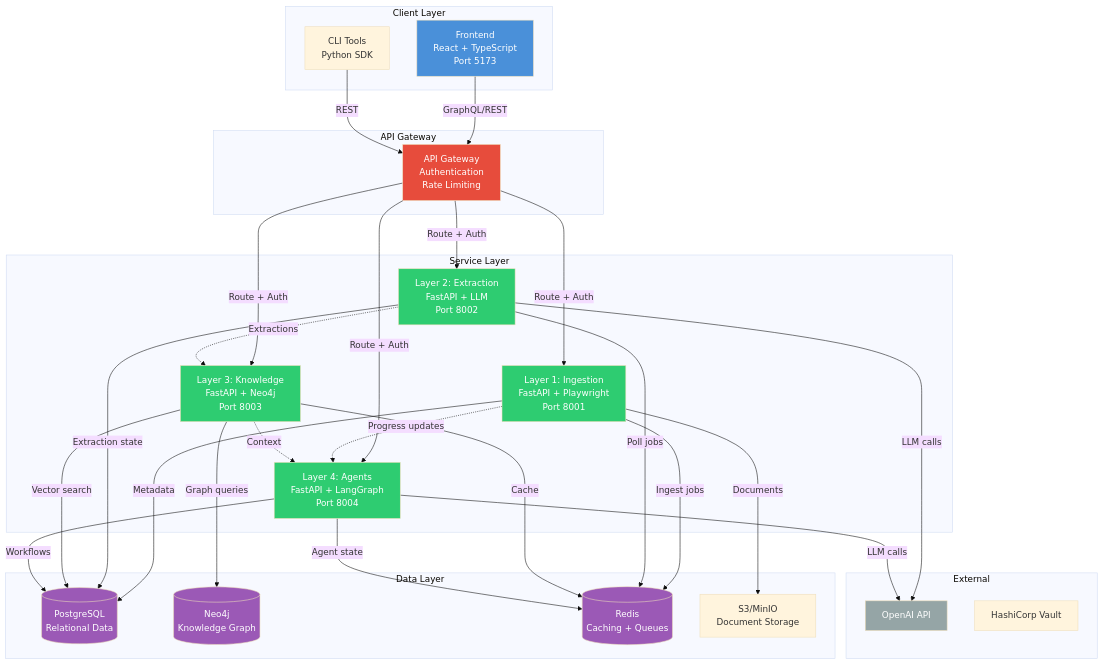
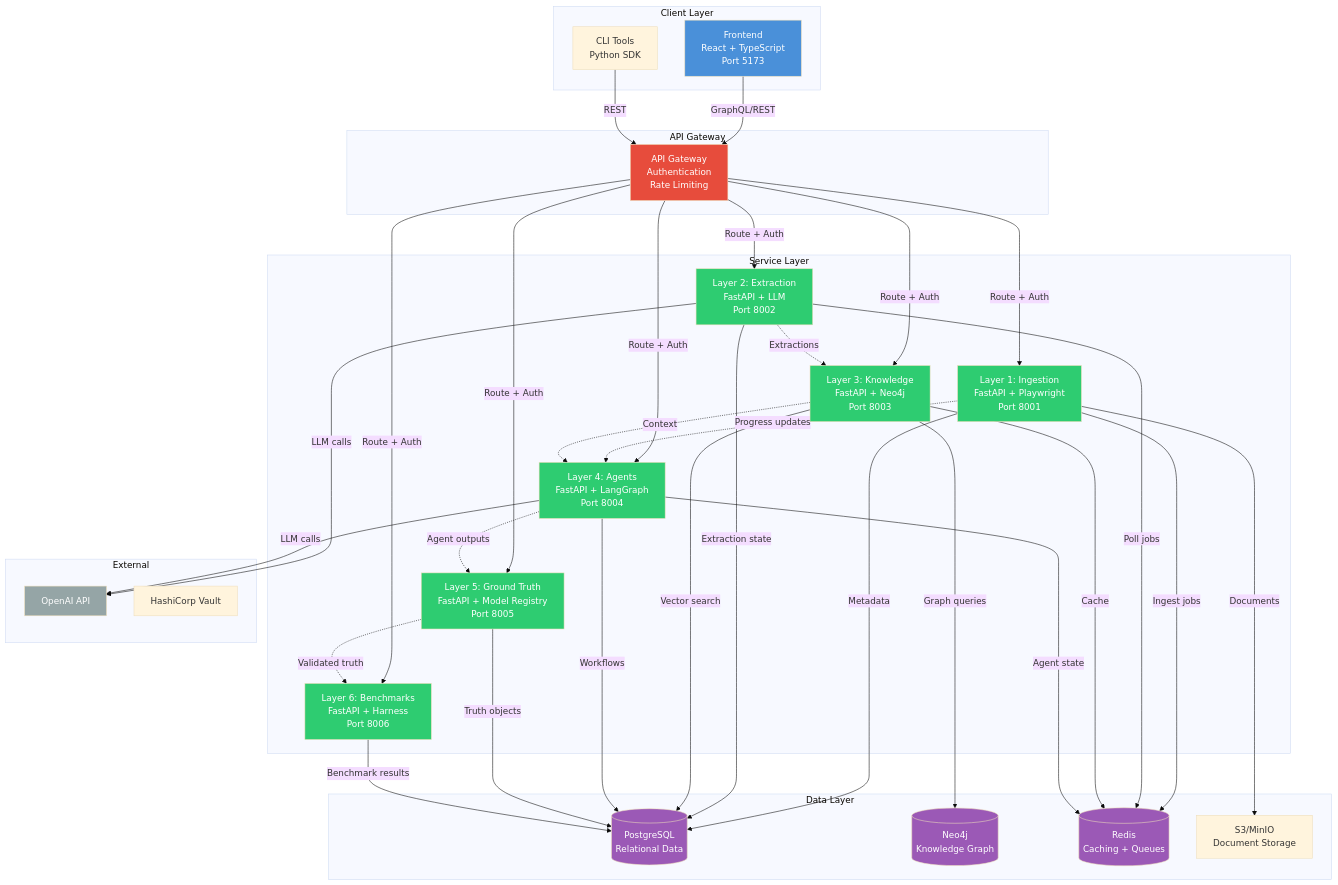
One commit to bmsull560/Fabric_4L changed the second of 9 diagrams in docs/core-concepts/architecture.md. Above: the diagram before and after it, drawn with Mermaid (base theme). The commit also changed other lines of this file and 5 other files, not shown here.

First line of the commit message:
docs: update 4-layer to 6-layer references and add L5/L6 to diagrams

````diff
--- a/docs/core-concepts/architecture.md
+++ b/docs/core-concepts/architecture.md
@@ -75,68 +75,79 @@
 ```mermaid
 graph TB
     subgraph "Client Layer"
         FE[Frontend<br/>React + TypeScript<br/>Port 5173]
         CLI[CLI Tools<br/>Python SDK]
     end
     
     subgraph "API Gateway"
         GW[API Gateway<br/>Authentication<br/>Rate Limiting]
     end
     
     subgraph "Service Layer"
         L1[Layer 1: Ingestion<br/>FastAPI + Playwright<br/>Port 8001]
         L2[Layer 2: Extraction<br/>FastAPI + LLM<br/>Port 8002]
         L3[Layer 3: Knowledge<br/>FastAPI + Neo4j<br/>Port 8003]
         L4[Layer 4: Agents<br/>FastAPI + LangGraph<br/>Port 8004]
+        L5[Layer 5: Ground Truth<br/>FastAPI + Model Registry<br/>Port 8005]
+        L6[Layer 6: Benchmarks<br/>FastAPI + Harness<br/>Port 8006]
     end
     
     subgraph "Data Layer"
         PG[(PostgreSQL<br/>Relational Data)]
         NEO[(Neo4j<br/>Knowledge Graph)]
         RED[(Redis<br/>Caching + Queues)]
         S3[S3/MinIO<br/>Document Storage]
     end
     
     subgraph "External"
         OPENAI[OpenAI API]
         VAULT[HashiCorp Vault]
     end
     
     FE -->|GraphQL/REST| GW
     CLI -->|REST| GW
     GW -->|Route + Auth| L1
     GW -->|Route + Auth| L2
     GW -->|Route + Auth| L3
     GW -->|Route + Auth| L4
+    GW -->|Route + Auth| L5
+    GW -->|Route + Auth| L6
     
     L1 -->|Ingest jobs| RED
     L1 -->|Metadata| PG
     L1 -->|Documents| S3
     
     L2 -->|Poll jobs| RED
     L2 -->|LLM calls| OPENAI
     L2 -->|Extraction state| PG
     
     L3 -->|Graph queries| NEO
     L3 -->|Vector search| PG
     L3 -->|Cache| RED
     
     L4 -->|Agent state| RED
     L4 -->|LLM calls| OPENAI
     L4 -->|Workflows| PG
     
+    L5 -->|Truth objects| PG
+    L6 -->|Benchmark results| PG
+    
     L1 -.->|Progress updates| L4
     L2 -.->|Extractions| L3
     L3 -.->|Context| L4
+    L4 -.->|Agent outputs| L5
+    L5 -.->|Validated truth| L6
     
     style FE fill:#4a90d9,color:white
     style L1 fill:#2ecc71,color:white
     style L2 fill:#2ecc71,color:white
     style L3 fill:#2ecc71,color:white
     style L4 fill:#2ecc71,color:white
+    style L5 fill:#2ecc71,color:white
+    style L6 fill:#2ecc71,color:white
     style GW fill:#e74c3c,color:white
     style PG fill:#9b59b6,color:white
     style NEO fill:#9b59b6,color:white
     style RED fill:#9b59b6,color:white
     style OPENAI fill:#95a5a6,color:white
 ```
````
